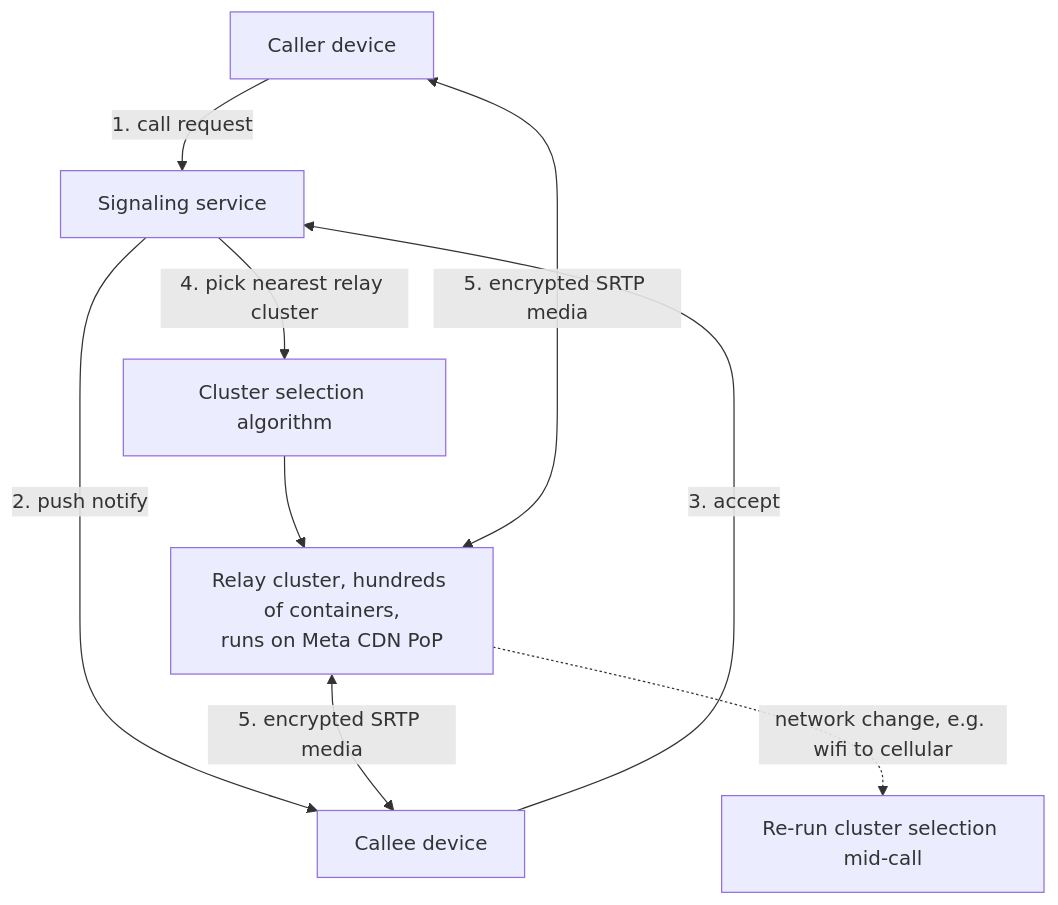
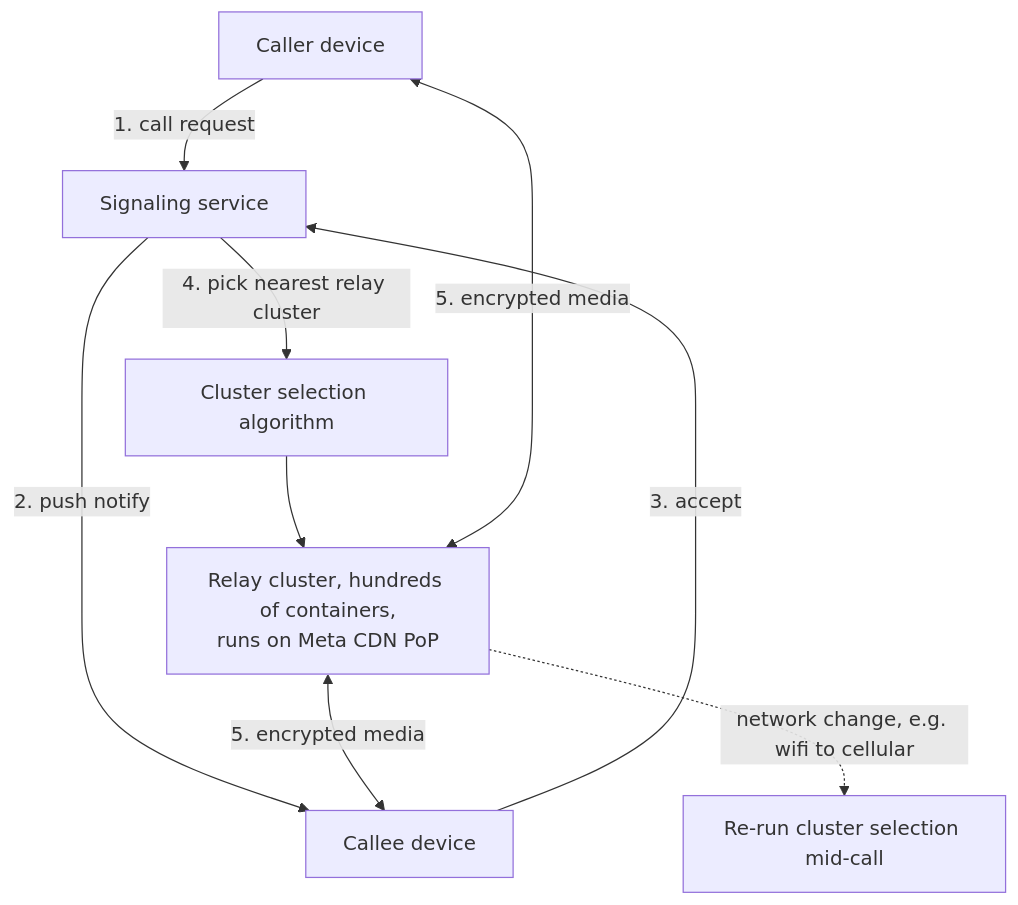
One commit to alwin-verus/big-tech-system-design changed the sixth of 7 diagrams in companies/whatsapp.md. Above: the diagram before and after it, drawn with Mermaid. The commit also changed other lines of this file and 56 other files, not shown here.

````diff
--- a/companies/whatsapp.md
+++ b/companies/whatsapp.md
@@ -368,11 +481,11 @@
 ```mermaid
 flowchart TD
   Caller["Caller device"] -->|"1. call request"| Sig["Signaling service"]
   Sig -->|"2. push notify"| Callee["Callee device"]
   Callee -->|"3. accept"| Sig
   Sig -->|"4. pick nearest relay cluster"| Select["Cluster selection algorithm"]
   Select --> Relay["Relay cluster, hundreds of containers,<br/>runs on Meta CDN PoP"]
-  Caller <-->|"5. encrypted SRTP media"| Relay
-  Relay <-->|"5. encrypted SRTP media"| Callee
+  Caller <-->|"5. encrypted media"| Relay
+  Relay <-->|"5. encrypted media"| Callee
   Relay -.->|"network change, e.g. wifi to cellular"| Reselect["Re-run cluster selection mid-call"]
 ```
````
